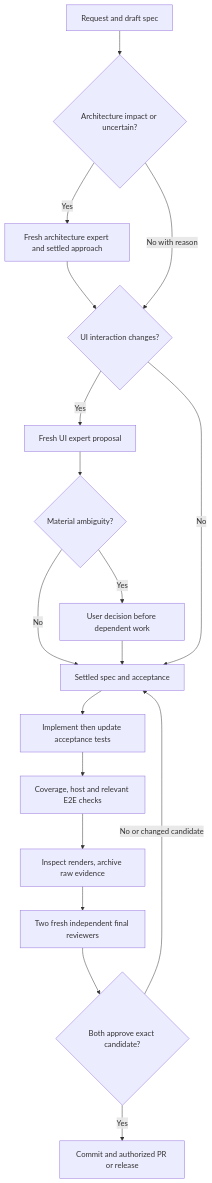
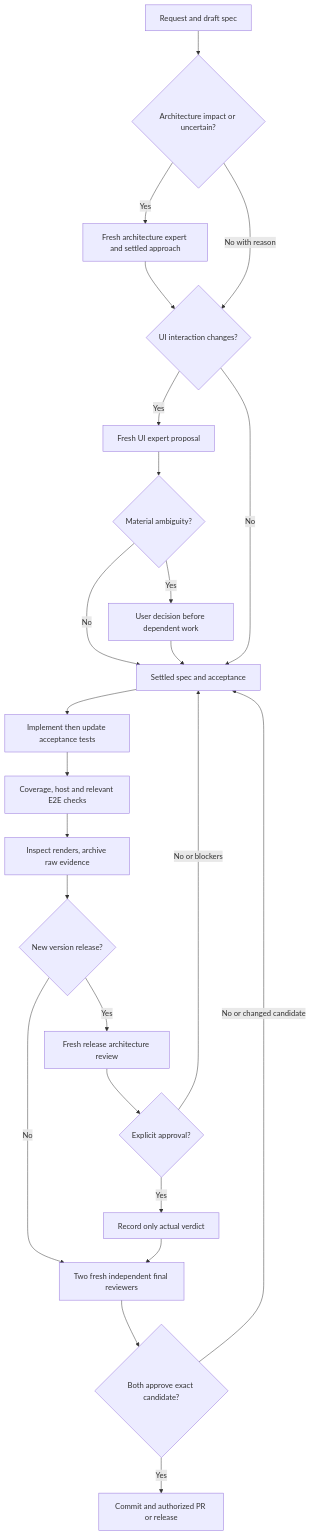
The diagram in docs/WORKFLOW.md (PhiLong-Ho/agent-dev-template), drawn with Mermaid before and after one commit. The commit also changed other lines of this file and 20 other files, not shown here.

Commit message:
Require architecture review for every release candidate (#6)

````diff
--- a/docs/WORKFLOW.md
+++ b/docs/WORKFLOW.md
@@ -7,20 +7,26 @@
 ```mermaid
 flowchart TD
     Request[Request and draft spec] --> AS{Architecture impact or uncertain?}
     AS -->|Yes| AE[Fresh architecture expert and settled approach]
     AE --> UI{UI interaction changes?}
     AS -->|No with reason| UI
     UI -->|Yes| Expert[Fresh UI expert proposal]
     Expert --> Choice{Material ambiguity?}
     Choice -->|Yes| User[User decision before dependent work]
     Choice -->|No| Contract[Settled spec and acceptance]
     User --> Contract
     UI -->|No| Contract
     Contract --> Code[Implement then update acceptance tests]
     Code --> Check[Coverage, host and relevant E2E checks]
     Check --> Evidence[Inspect renders, archive raw evidence]
-    Evidence --> Review[Two fresh independent final reviewers]
+    Evidence --> RC{New version release?}
+    RC -->|No| Review[Two fresh independent final reviewers]
+    RC -->|Yes| RA[Fresh release architecture review]
+    RA --> AV{Explicit approval?}
+    AV -->|No or blockers| Contract
+    AV -->|Yes| ATT[Record only actual verdict]
+    ATT --> Review
     Review --> Both{Both approve exact candidate?}
     Both -->|No or changed candidate| Contract
     Both -->|Yes| Deliver[Commit and authorized PR or release]
 ```
````
